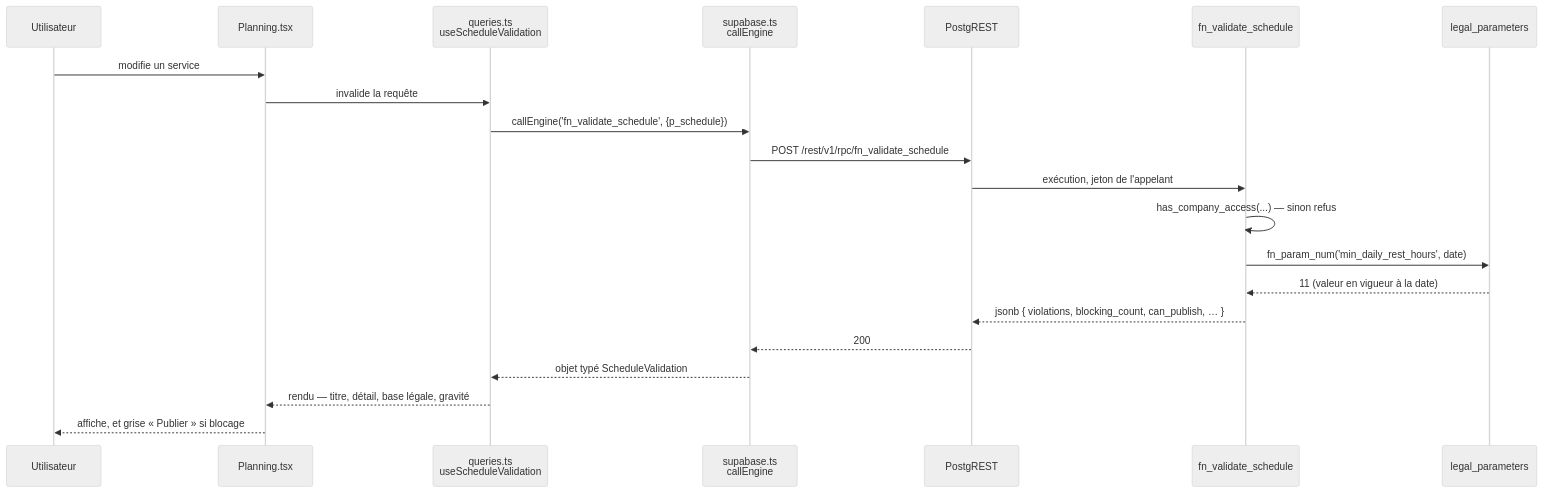
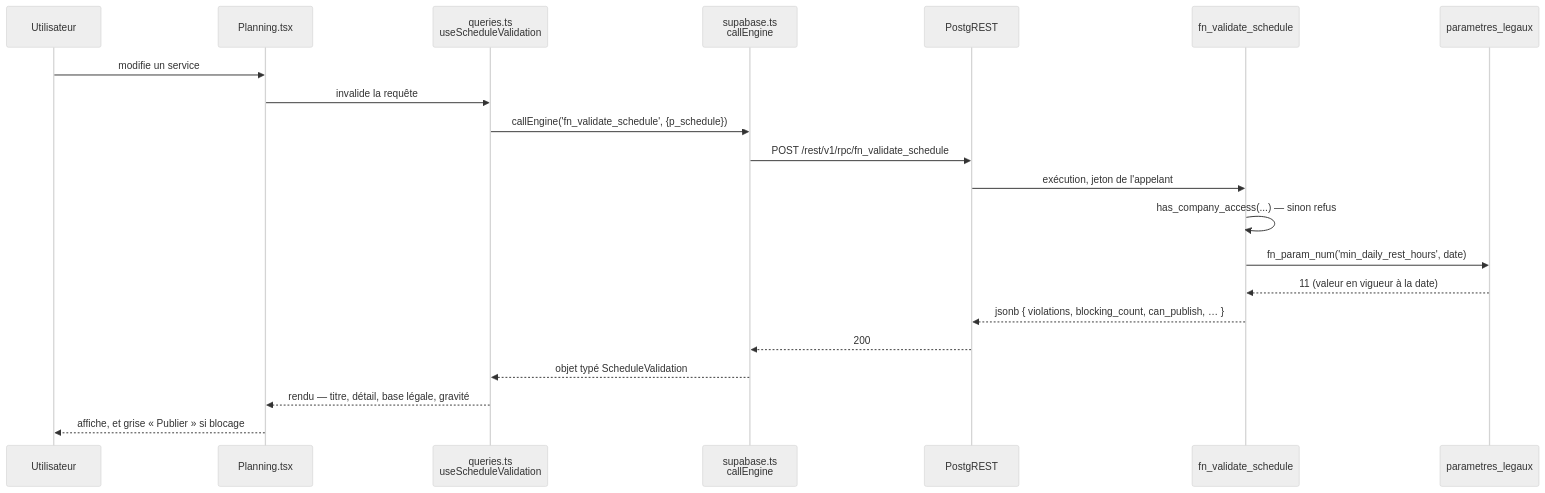
Before and after one commit to lanfr144/TestClaudeCode: the second of 2 diagrams in docs/architecture.md, drawn with Mermaid (neutral theme). The commit also changed other lines of this file and 80 other files, not shown here.

````diff
--- a/docs/architecture.md
+++ b/docs/architecture.md
@@ -113,24 +113,24 @@
 ```mermaid
 sequenceDiagram
     participant U as Utilisateur
     participant E as Planning.tsx
     participant Q as queries.ts<br/>useScheduleValidation
     participant C as supabase.ts<br/>callEngine
     participant PG as PostgREST
     participant F as fn_validate_schedule
-    participant R as legal_parameters
+    participant R as parametres_legaux
 
     U->>E: modifie un service
     E->>Q: invalide la requête
     Q->>C: callEngine('fn_validate_schedule', {p_schedule})
     C->>PG: POST /rest/v1/rpc/fn_validate_schedule
     PG->>F: exécution, jeton de l'appelant
     F->>F: has_company_access(...) — sinon refus
     F->>R: fn_param_num('min_daily_rest_hours', date)
     R-->>F: 11 (valeur en vigueur à la date)
     F-->>PG: jsonb { violations, blocking_count, can_publish, … }
     PG-->>C: 200
     C-->>Q: objet typé ScheduleValidation
     Q-->>E: rendu — titre, détail, base légale, gravité
     E-->>U: affiche, et grise « Publier » si blocage
 ```
````
